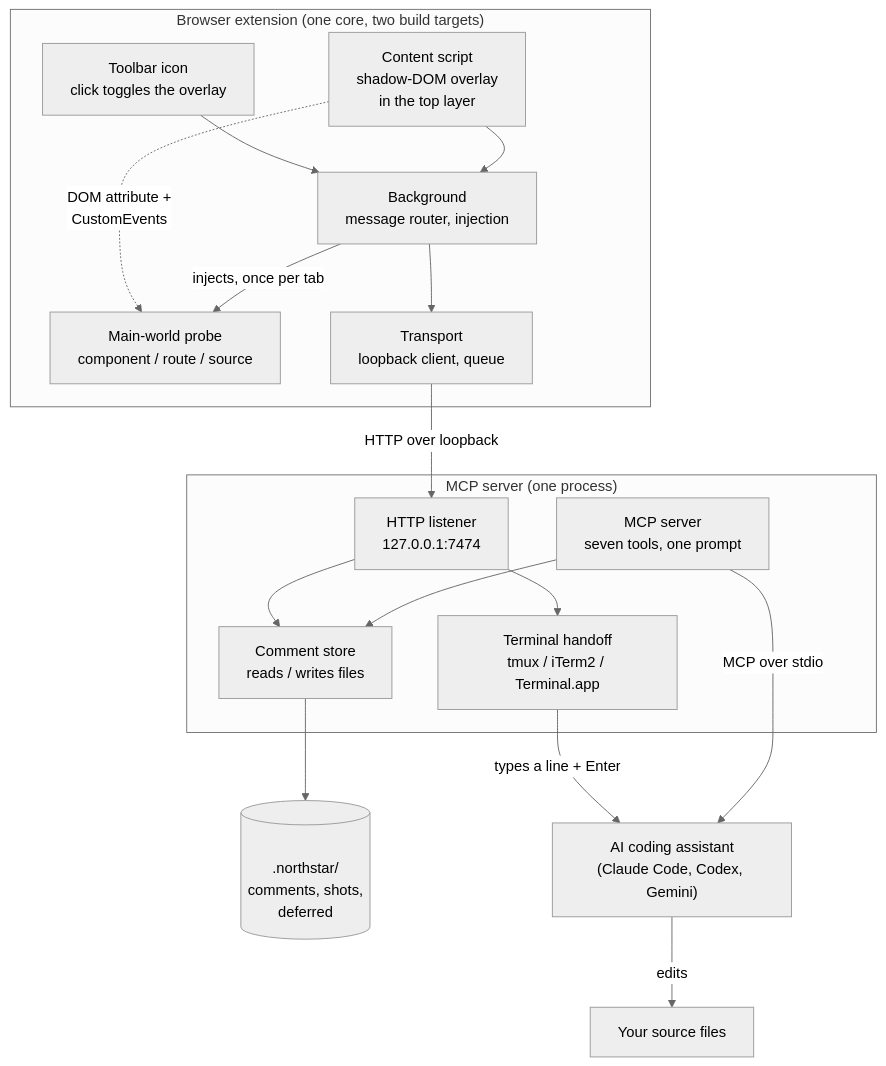
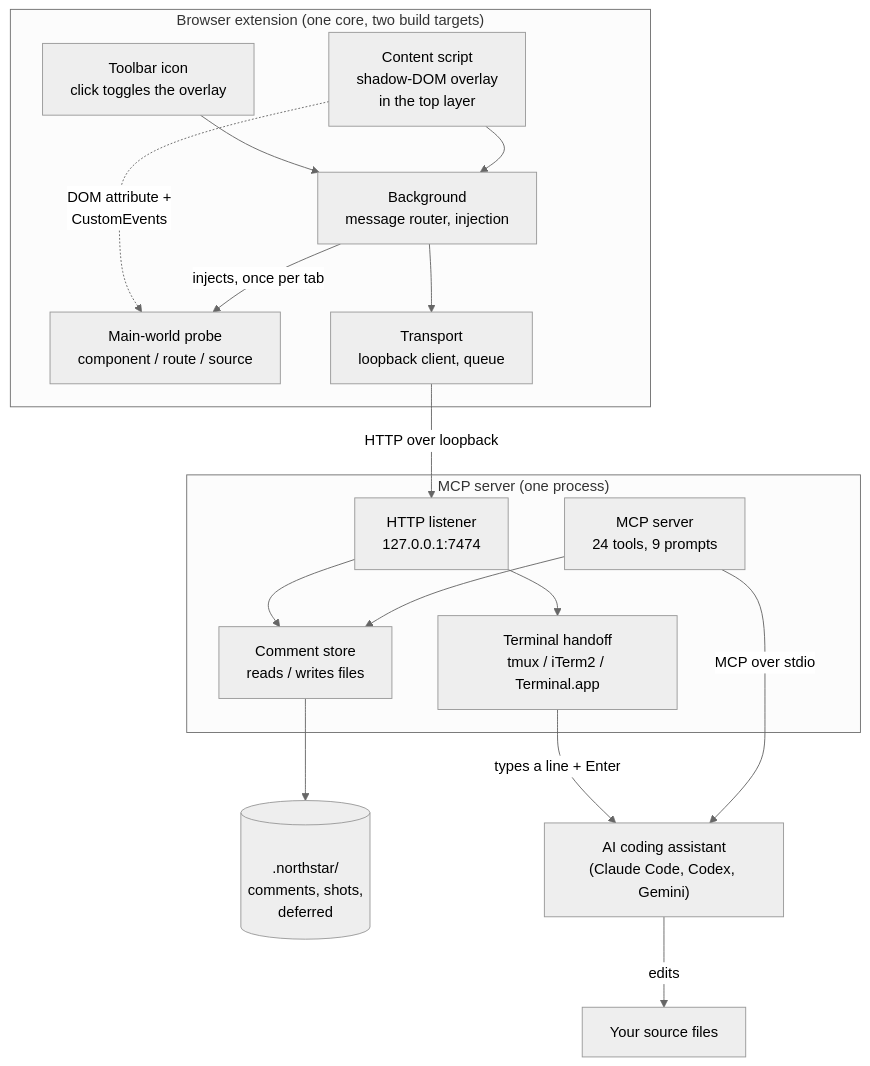
One commit to pallandir/northstar changed the first of 3 diagrams in docs/architecture.md. Above: the diagram before and after it, drawn with Mermaid (neutral theme). The commit also changed other lines of this file and 73 other files, not shown here.

````diff
--- a/docs/architecture.md
+++ b/docs/architecture.md
@@ -14,34 +14,34 @@
 ```mermaid
 flowchart TB
     subgraph Browser["Browser extension (one core, two build targets)"]
       Icon["Toolbar icon<br/>click toggles the overlay"]
       Worker["Background<br/>message router, injection"]
       Content["Content script<br/>shadow-DOM overlay<br/>in the top layer"]
       Probe["Main-world probe<br/>component / route / source"]
       Transport["Transport<br/>loopback client, queue"]
       Icon --> Worker
       Content --> Worker
       Content -. "DOM attribute +<br/>CustomEvents" .-> Probe
       Worker -- "injects, once per tab" --> Probe
       Worker --> Transport
     end
 
     subgraph Server["MCP server (one process)"]
       Http["HTTP listener<br/>127.0.0.1:7474"]
       Handoff["Terminal handoff<br/>tmux / iTerm2 / Terminal.app"]
-      Mcp["MCP server<br/>seven tools, one prompt"]
+      Mcp["MCP server<br/>24 tools, 9 prompts"]
       Store["Comment store<br/>reads / writes files"]
       Http --> Store
       Http --> Handoff
       Mcp --> Store
     end
 
     Disk[("<br/>.northstar/<br/>comments, shots,<br/>deferred<br/>")]
     Assistant["AI coding assistant<br/>(Claude Code, Codex, Gemini)"]
 
     Transport -- "HTTP over loopback" --> Http
     Store --> Disk
     Handoff -- "types a line + Enter" --> Assistant
     Mcp -- "MCP over stdio" --> Assistant
     Assistant -- "edits" --> Repo["Your source files"]
 ```
````
